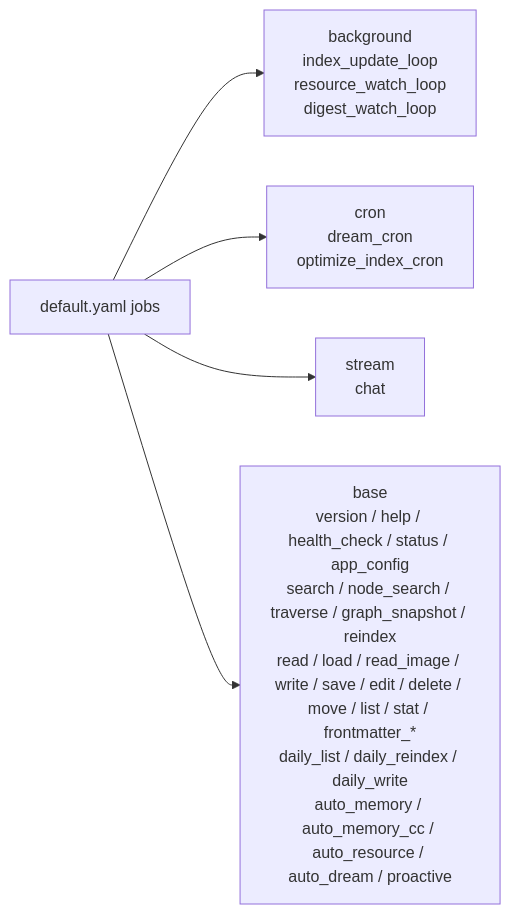
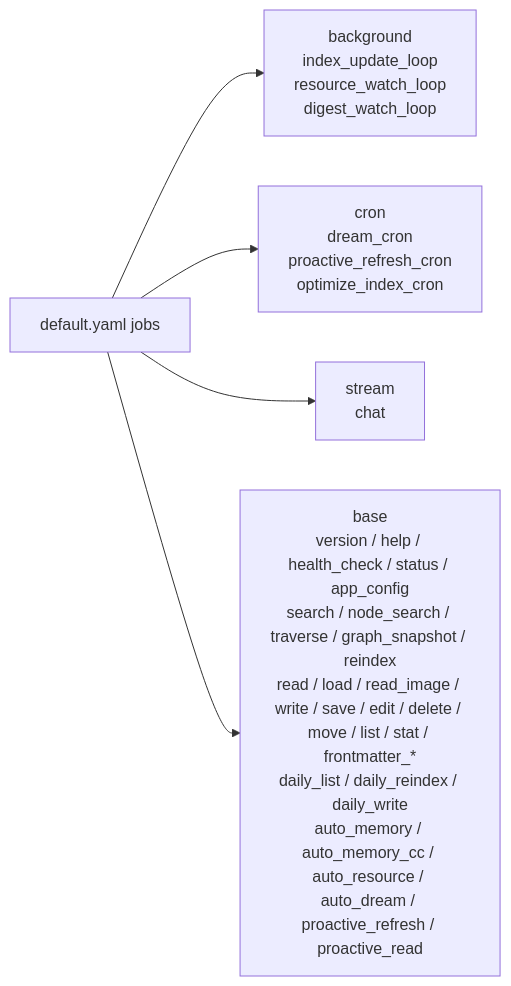
The tenth of 13 diagrams in docs/en/framework.md (modelscope/MemoryScope), drawn with Mermaid before and after one commit. The commit also changed 24 other files, not shown here.

Commit message:
fix(proactive): complete refresh migration and docs

````diff
--- a/docs/en/framework.md
+++ b/docs/en/framework.md
@@ -432,7 +432,7 @@
 ```mermaid
 flowchart LR
     Jobs["default.yaml jobs"] --> BG["background<br/>index_update_loop<br/>resource_watch_loop<br/>digest_watch_loop"]
-    Jobs --> Cron["cron<br/>dream_cron<br/>optimize_index_cron"]
+    Jobs --> Cron["cron<br/>dream_cron<br/>proactive_refresh_cron<br/>optimize_index_cron"]
     Jobs --> Stream["stream<br/>chat"]
-    Jobs --> Base["base<br/>version / help / health_check / status / app_config<br/>search / node_search / traverse / graph_snapshot / reindex<br/>read / load / read_image / write / save / edit / delete / move / list / stat / frontmatter_*<br/>daily_list / daily_reindex / daily_write<br/>auto_memory / auto_memory_cc / auto_resource / auto_dream / proactive"]
+    Jobs --> Base["base<br/>version / help / health_check / status / app_config<br/>search / node_search / traverse / graph_snapshot / reindex<br/>read / load / read_image / write / save / edit / delete / move / list / stat / frontmatter_*<br/>daily_list / daily_reindex / daily_write<br/>auto_memory / auto_memory_cc / auto_resource / auto_dream / proactive_refresh / proactive_read"]
 ```
````
